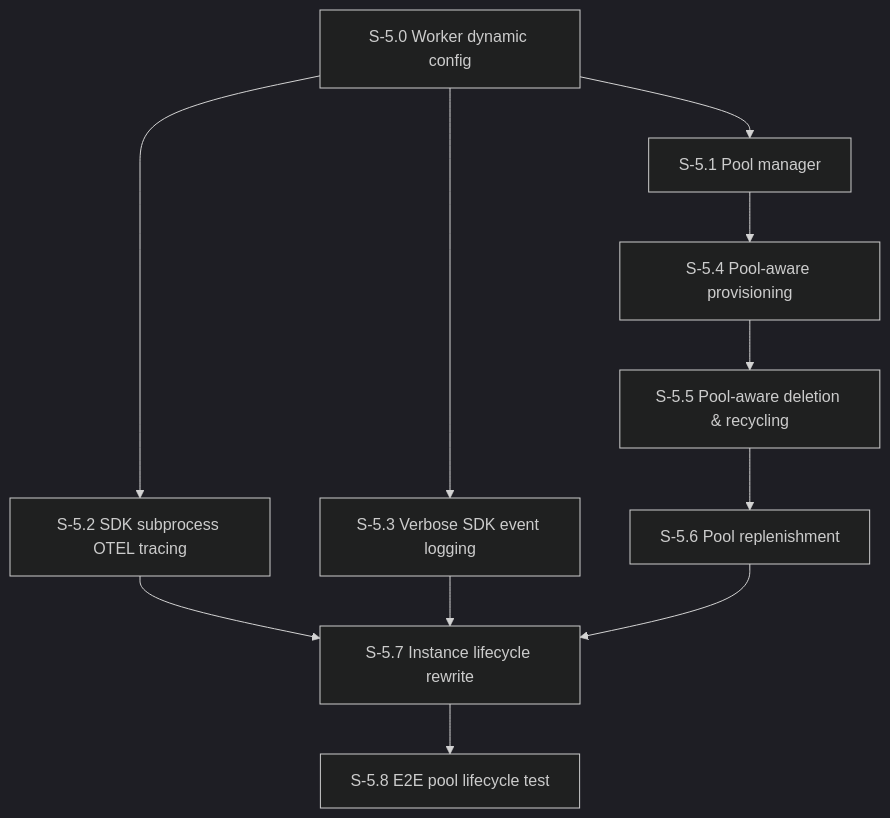
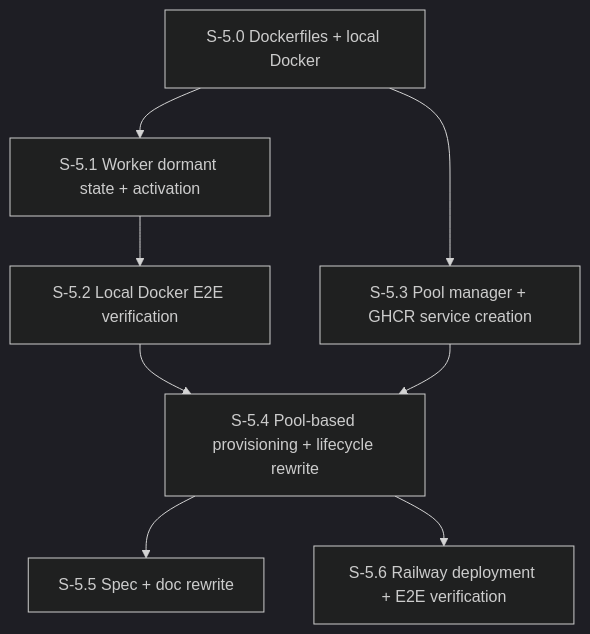
Before and after one commit to pedropaulovc/claude-agent-sdk-aas: the diagram in spec/plan/milestone-5-pool-architecture.md, drawn with Mermaid (dark theme). The commit also changed other lines of this file and 10 other files, not shown here.

First line of the commit message:
Rewrite specs for M5 pool-based worker architecture

````diff
--- a/spec/plan/milestone-5-pool-architecture.md
+++ b/spec/plan/milestone-5-pool-architecture.md
@@ -9,13 +12,10 @@
 ```mermaid
 graph TD
-    S50[S-5.0 Worker dynamic config] --> S51[S-5.1 Pool manager]
-    S50 --> S52[S-5.2 SDK subprocess OTEL tracing]
-    S50 --> S53[S-5.3 Verbose SDK event logging]
-    S51 --> S54[S-5.4 Pool-aware provisioning]
-    S54 --> S55[S-5.5 Pool-aware deletion & recycling]
-    S55 --> S56[S-5.6 Pool replenishment]
-    S52 --> S57[S-5.7 Instance lifecycle rewrite]
-    S53 --> S57
-    S56 --> S57
-    S57 --> S58[S-5.8 E2E pool lifecycle test]
+    S50[S-5.0 Dockerfiles + local Docker] --> S51[S-5.1 Worker dormant state + activation]
+    S51 --> S52[S-5.2 Local Docker E2E verification]
+    S50 --> S53[S-5.3 Pool manager + GHCR service creation]
+    S52 --> S54[S-5.4 Pool-based provisioning + lifecycle rewrite]
+    S53 --> S54
+    S54 --> S55[S-5.5 Spec + doc rewrite]
+    S54 --> S56[S-5.6 Railway deployment + E2E verification]
 ```
````
